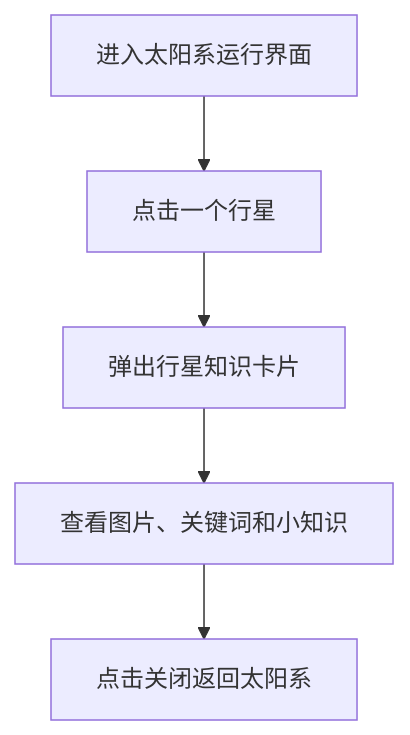
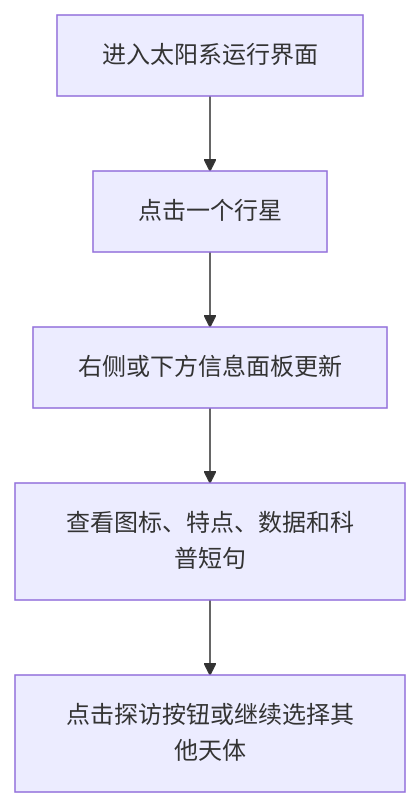
The second of 8 diagrams in docs/用户操作流程图.md (shf241/solarkids), drawn with Mermaid before and after one commit. The commit also changed other lines of this file and 7 other files, not shown here.

````diff
--- a/docs/用户操作流程图.md
+++ b/docs/用户操作流程图.md
@@ -30,7 +29,7 @@
 ```mermaid
 flowchart TD
     A["进入太阳系运行界面"] --> B["点击一个行星"]
-    B --> C["弹出行星知识卡片"]
-    C --> D["查看图片、关键词和小知识"]
-    D --> E["点击关闭返回太阳系"]
+    B --> C["右侧或下方信息面板更新"]
+    C --> D["查看图标、特点、数据和科普短句"]
+    D --> E["点击探访按钮或继续选择其他天体"]
 ```
````
